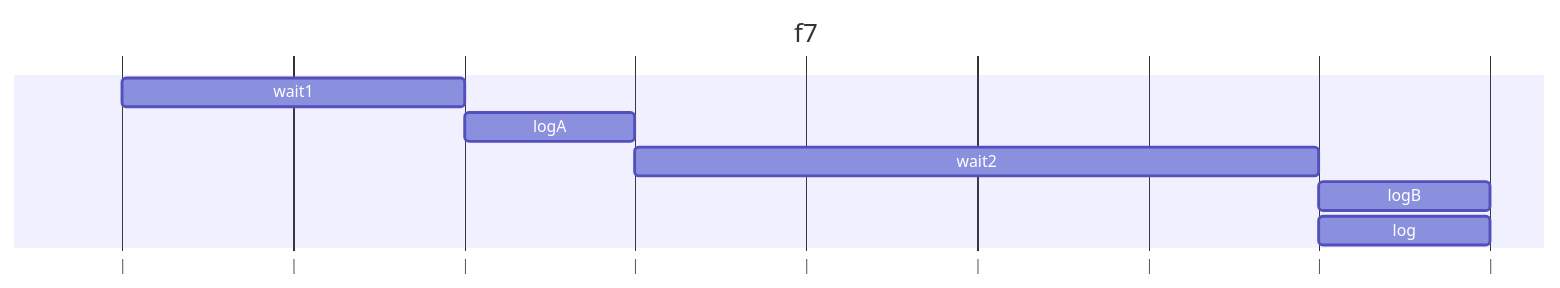
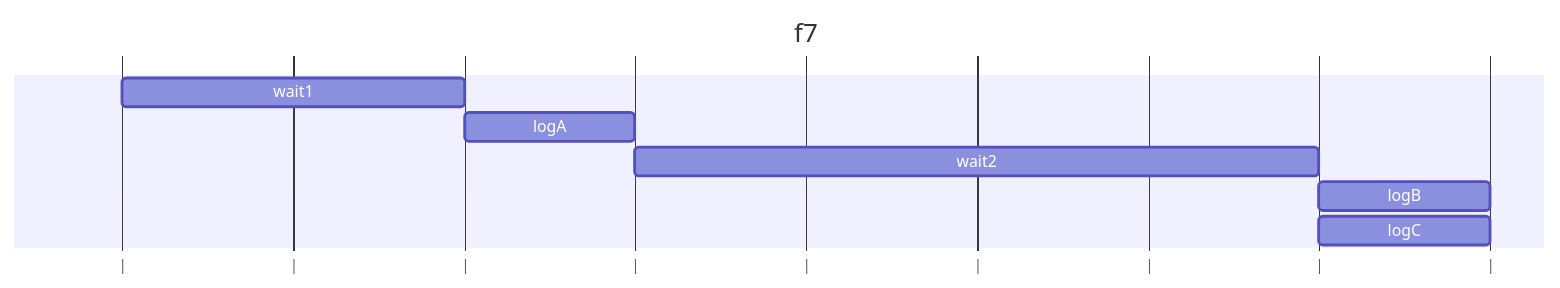
The fifth of 10 diagrams in exercises/ch13/ex02/index.md (ErikaO777/js-exercises), drawn with Mermaid before and after one commit. The commit also changed other lines of this file and 5 other files, not shown here.

````diff
--- a/exercises/ch13/ex02/index.md
+++ b/exercises/ch13/ex02/index.md
@@ -90,11 +90,11 @@
 ```mermaid
 gantt
     title f7
     dateFormat  s
     axisFormat |
         wait1 : w1, 0, 1s
         logA: l1, after w1, 0.5s
         wait2 : w2, after l1, 2s
         logB : l2, after w2, 0.5s
-        log : l2, after w2, 0.5s
+        logC : l2, after w2, 0.5s
 ```
````
